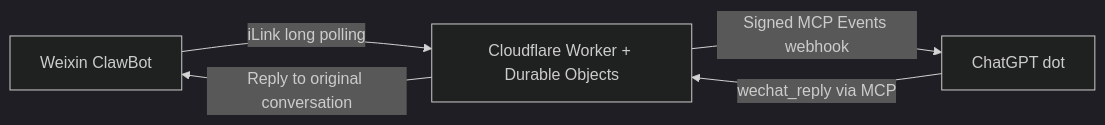
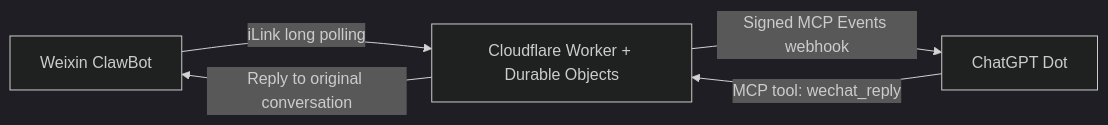
One commit to devinqiu888/weixin-agent-bridge changed the diagram in README.md. Above: the diagram before and after it, drawn with Mermaid (dark theme). The commit also changed other lines of this file and 1 other file, not shown here.

````diff
--- a/README.md
+++ b/README.md
@@ -25,7 +34,7 @@
 ```mermaid
 flowchart LR
     W[Weixin ClawBot] -->|iLink long polling| C[Cloudflare Worker + Durable Objects]
-    C -->|Signed MCP Events webhook| D[ChatGPT dot]
-    D -->|wechat_reply via MCP| C
+    C -->|Signed MCP Events webhook| D[ChatGPT Dot]
+    D -->|MCP tool: wechat_reply| C
     C -->|Reply to original conversation| W
 ```
````
